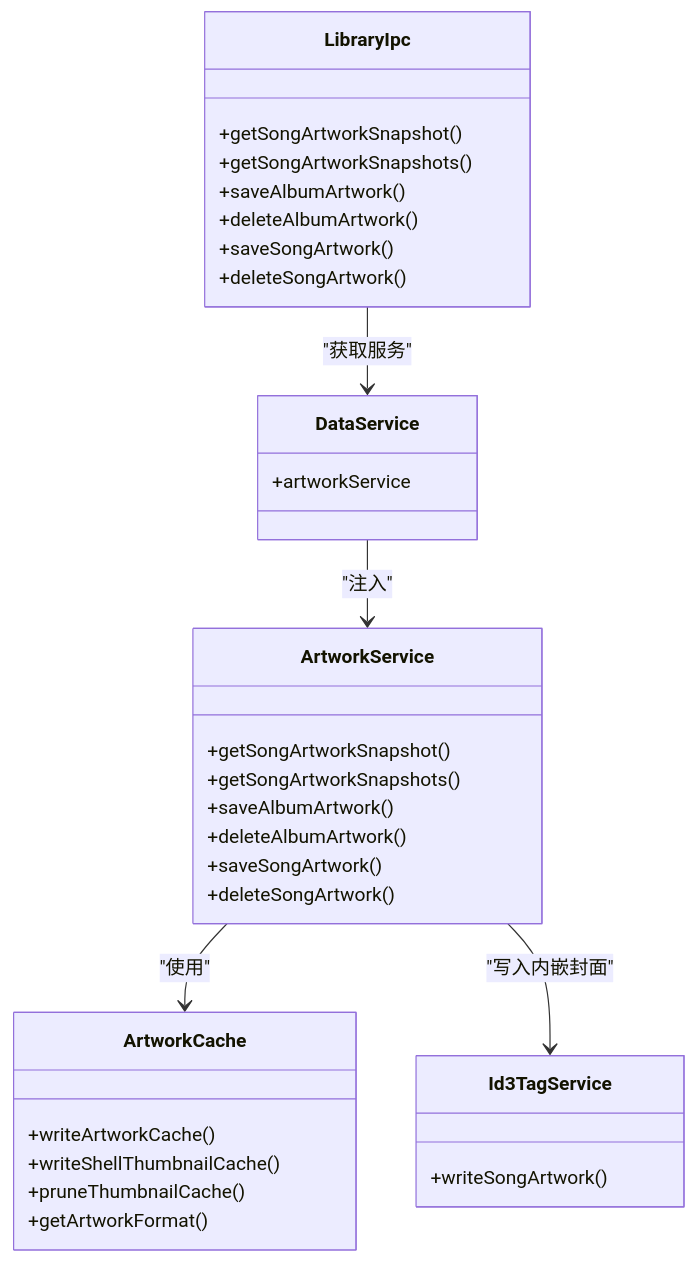
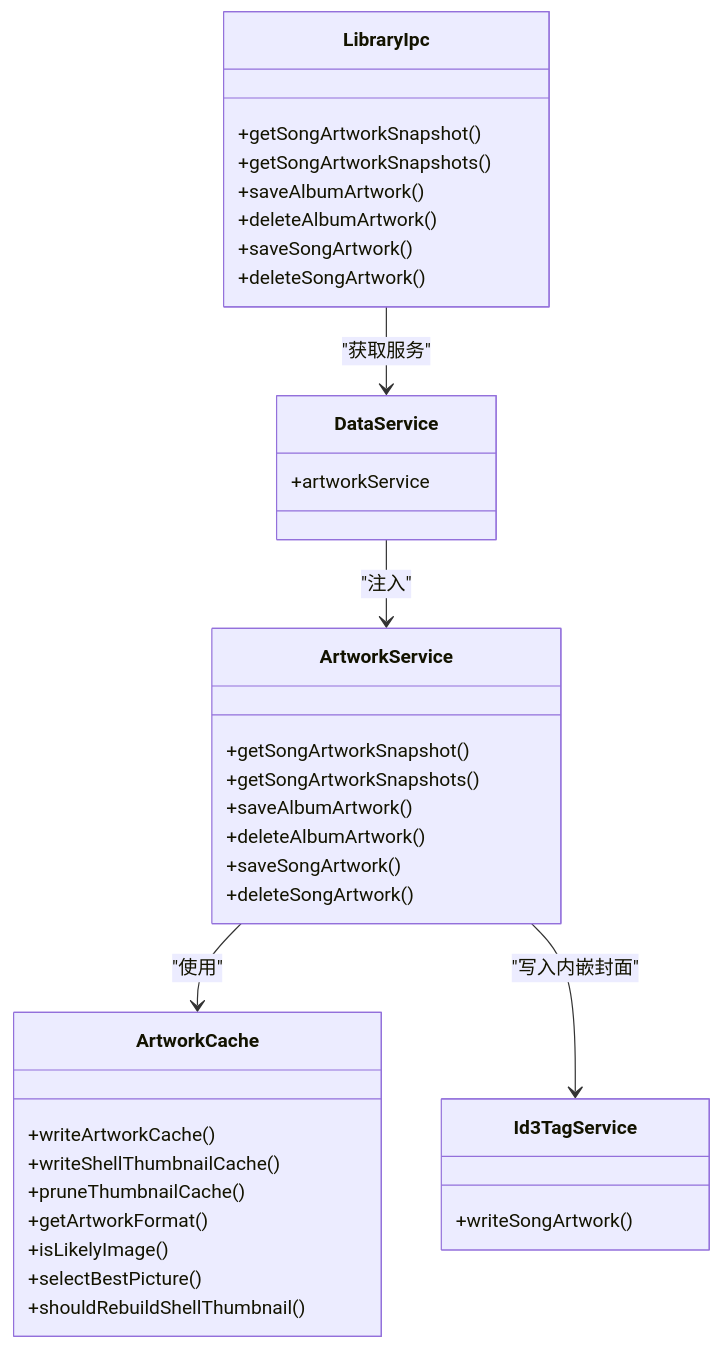
One commit to SeakyLuo/SMPlayerElectron changed the sixth of 6 diagrams in .qoder/repowiki/zh/content/核心模块/主进程服务模块/艺术作品服务.md. Above: the diagram before and after it, drawn with Mermaid. The commit also changed other lines of this file and 13 other files, not shown here.

````diff
--- a/.qoder/repowiki/zh/content/核心模块/主进程服务模块/艺术作品服务.md
+++ b/.qoder/repowiki/zh/content/核心模块/主进程服务模块/艺术作品服务.md
@@ -287,35 +311,38 @@
 ```mermaid
 classDiagram
 class ArtworkService {
 +getSongArtworkSnapshot()
 +getSongArtworkSnapshots()
 +saveAlbumArtwork()
 +deleteAlbumArtwork()
 +saveSongArtwork()
 +deleteSongArtwork()
 }
 class ArtworkCache {
 +writeArtworkCache()
 +writeShellThumbnailCache()
 +pruneThumbnailCache()
 +getArtworkFormat()
++isLikelyImage()
++selectBestPicture()
++shouldRebuildShellThumbnail()
 }
 class Id3TagService {
 +writeSongArtwork()
 }
 class DataService {
 +artworkService
 }
 class LibraryIpc {
 +getSongArtworkSnapshot()
 +getSongArtworkSnapshots()
 +saveAlbumArtwork()
 +deleteAlbumArtwork()
 +saveSongArtwork()
 +deleteSongArtwork()
 }
 ArtworkService --> ArtworkCache : "使用"
 ArtworkService --> Id3TagService : "写入内嵌封面"
 DataService --> ArtworkService : "注入"
 LibraryIpc --> DataService : "获取服务"
 ```
````
